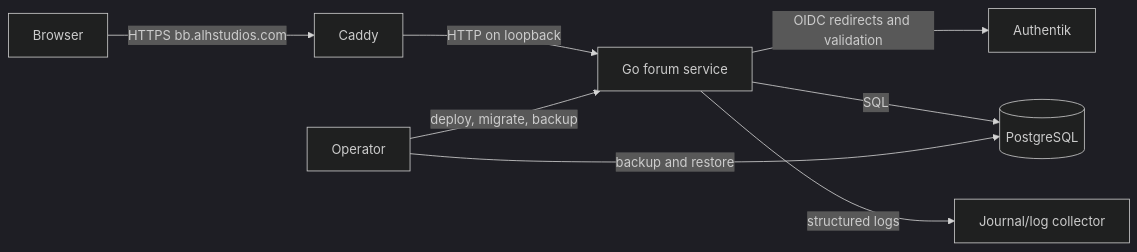
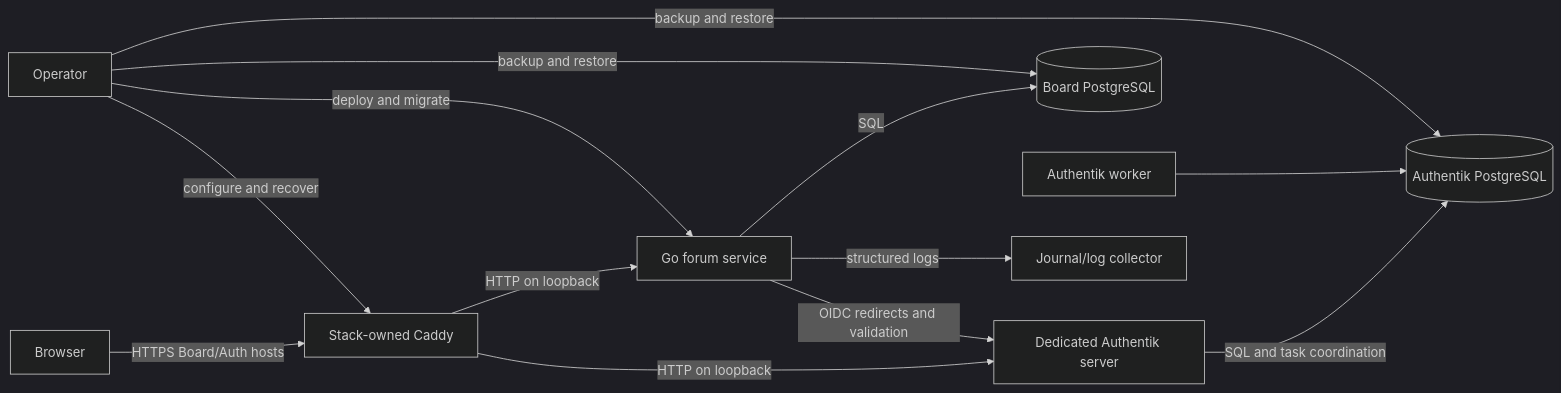
One commit to gotthboard/gotth-bb changed the diagram in docs/architecture.md. Above: the diagram before and after it, drawn with Mermaid (dark theme). The commit also changed other lines of this file and 5 other files, not shown here.

````diff
--- a/docs/architecture.md
+++ b/docs/architecture.md
@@ -35,10 +36,15 @@
 ```mermaid
 flowchart LR
-    B[Browser] -->|HTTPS bb.alhstudios.com| C[Caddy]
+    B[Browser] -->|HTTPS Board/Auth hosts| C[Stack-owned Caddy]
     C -->|HTTP on loopback| A[Go forum service]
-    A -->|OIDC redirects and validation| I[Authentik]
-    A -->|SQL| P[(PostgreSQL)]
+    C -->|HTTP on loopback| I[Dedicated Authentik server]
+    A -->|OIDC redirects and validation| I
+    A -->|SQL| P[(Board PostgreSQL)]
+    I -->|SQL and task coordination| IP[(Authentik PostgreSQL)]
+    IW[Authentik worker] --> IP
     A -->|structured logs| L[Journal/log collector]
-    H[Operator] -->|deploy, migrate, backup| A
+    H[Operator] -->|deploy and migrate| A
+    H -->|configure and recover| C
     H -->|backup and restore| P
+    H -->|backup and restore| IP
 ```
````
